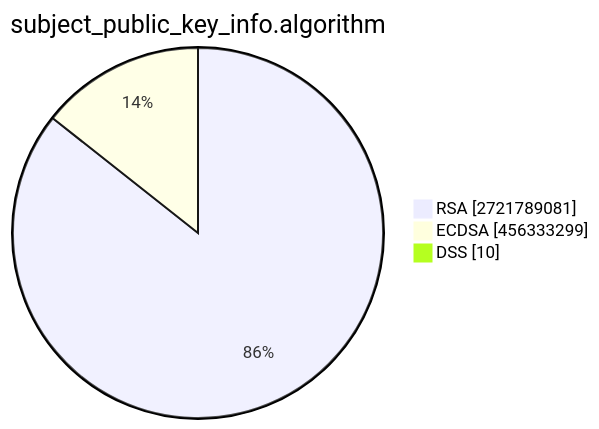
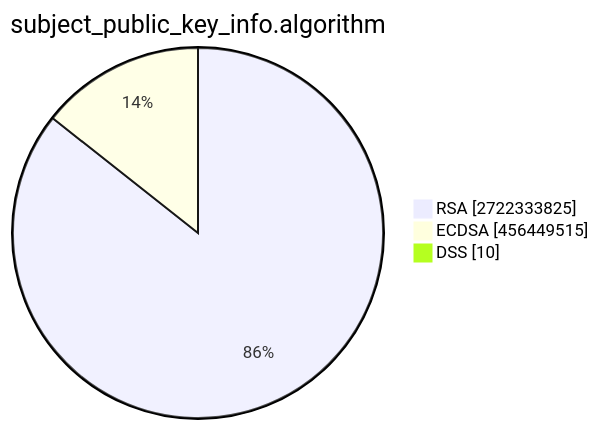
One commit to christiankrug/ctmonitor_visualization changed the second of 15 diagrams in TOTAL/README.md. Above: the diagram before and after it, drawn with Mermaid. The commit also changed other lines of this file, not shown here.

````diff
--- a/TOTAL/README.md
+++ b/TOTAL/README.md
@@ -6,7 +6,7 @@
 ```mermaid
 pie showData
 title subject_public_key_info.algorithm
-"RSA" :2721789081
-"ECDSA" :456333299
+"RSA" :2722333825
+"ECDSA" :456449515
 "DSS" :10
 ```
````
